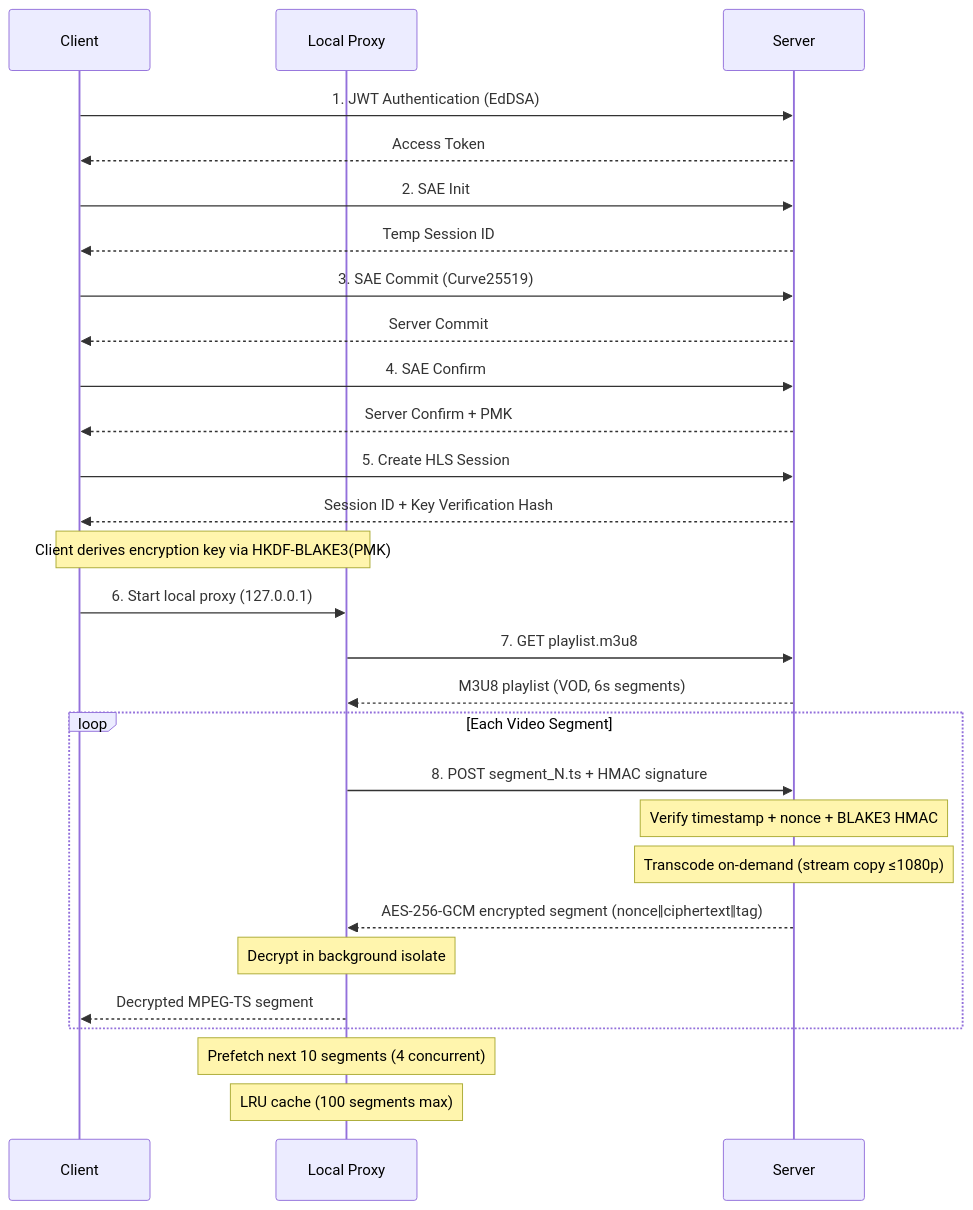
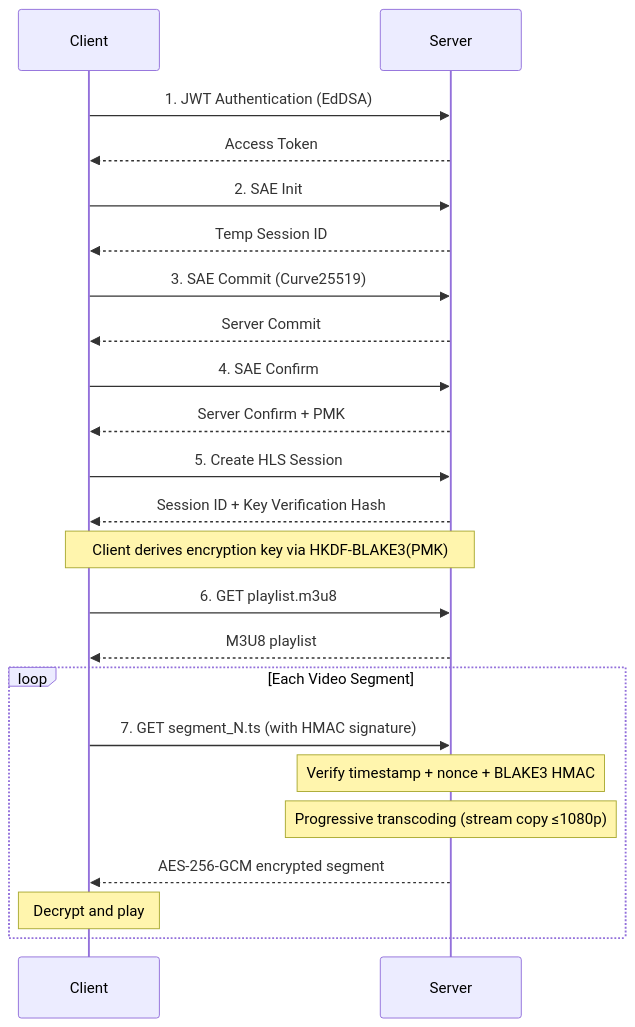
Before and after one commit to blueokanna/RockZeroOS-Service: the second of 4 diagrams in README.md, drawn with Mermaid. The commit also changed other lines of this file and 2 other files, not shown here.

````diff
--- a/README.md
+++ b/README.md
@@ -60,38 +86,33 @@
 ```mermaid
 sequenceDiagram
     participant C as Client
-    participant P as Local Proxy
     participant S as Server
     
     C->>S: 1. JWT Authentication (EdDSA)
     S-->>C: Access Token
     
     C->>S: 2. SAE Init
     S-->>C: Temp Session ID
     
     C->>S: 3. SAE Commit (Curve25519)
     S-->>C: Server Commit
     
     C->>S: 4. SAE Confirm
     S-->>C: Server Confirm + PMK
     
     C->>S: 5. Create HLS Session
     S-->>C: Session ID + Key Verification Hash
     
-    Note over C,P: Client derives encryption key via HKDF-BLAKE3(PMK)
-    C->>P: 6. Start local proxy (127.0.0.1)
-    P->>S: 7. GET playlist.m3u8
-    S-->>P: M3U8 playlist (VOD, 6s segments)
+    Note over C,S: Client derives encryption key via HKDF-BLAKE3(PMK)
+    
+    C->>S: 6. GET playlist.m3u8
+    S-->>C: M3U8 playlist
     
     loop Each Video Segment
-        P->>S: 8. POST segment_N.ts + HMAC signature
+        C->>S: 7. GET segment_N.ts (with HMAC signature)
         Note over S: Verify timestamp + nonce + BLAKE3 HMAC
-        Note over S: Transcode on-demand (stream copy ≤1080p)
-        S-->>P: AES-256-GCM encrypted segment (nonce‖ciphertext‖tag)
-        Note over P: Decrypt in background isolate
-        P-->>C: Decrypted MPEG-TS segment
+        Note over S: Progressive transcoding (stream copy ≤1080p)
+        S-->>C: AES-256-GCM encrypted segment
+        Note over C: Decrypt and play
     end
-    
-    Note over P: Prefetch next 10 segments (4 concurrent)
-    Note over P: LRU cache (100 segments max)
 ```
````
